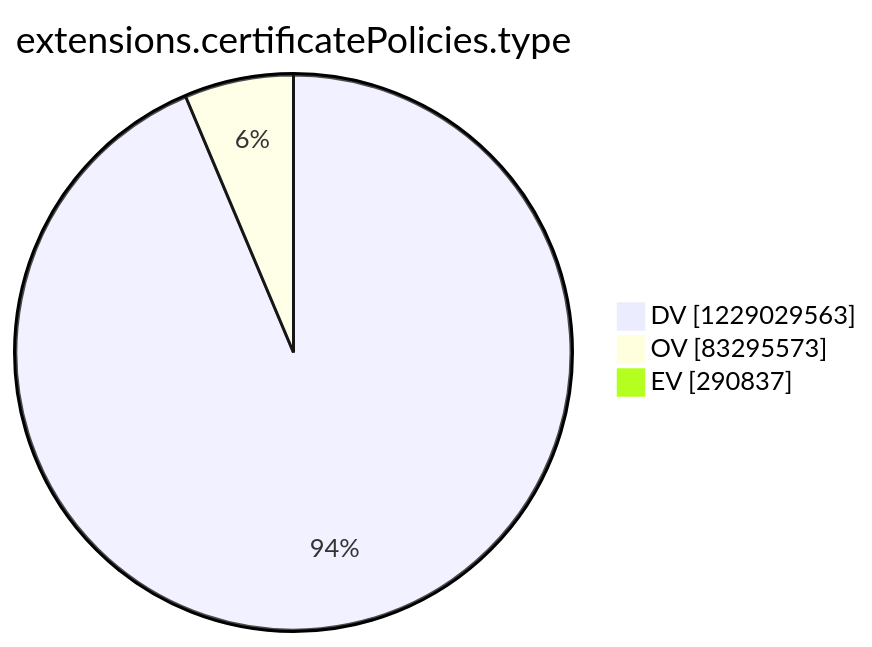
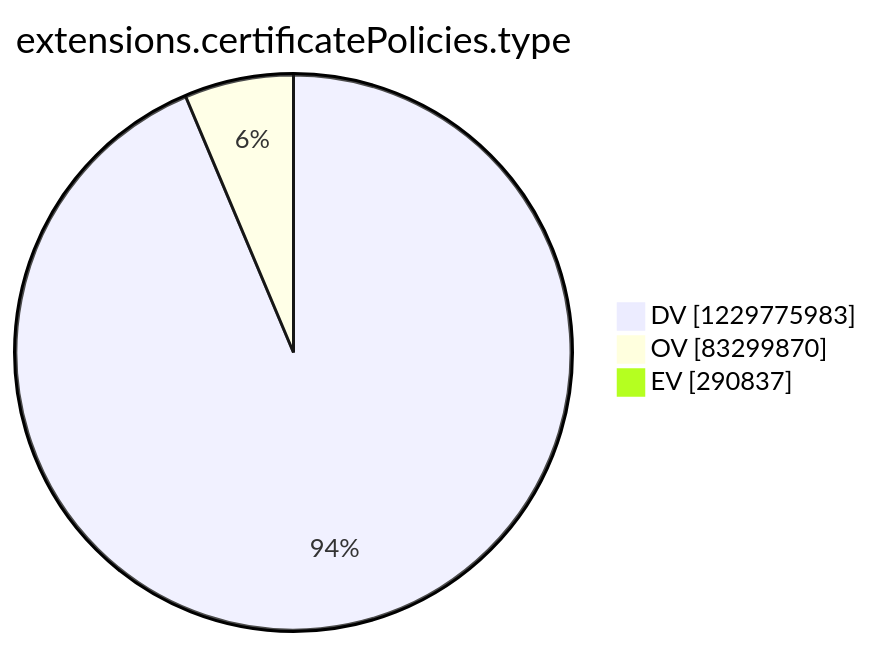
The tenth of 15 diagrams in argon2022/README.md (christiankrug/ctmonitor_visualization), drawn with Mermaid before and after one commit. The commit also changed other lines of this file, not shown here.

````diff
--- a/argon2022/README.md
+++ b/argon2022/README.md
@@ -2770,7 +2770,7 @@
 ```mermaid
 pie showData
 title extensions.certificatePolicies.type
-"DV" :1229029563
-"OV" :83295573
+"DV" :1229775983
+"OV" :83299870
 "EV" :290837
 ```
````
